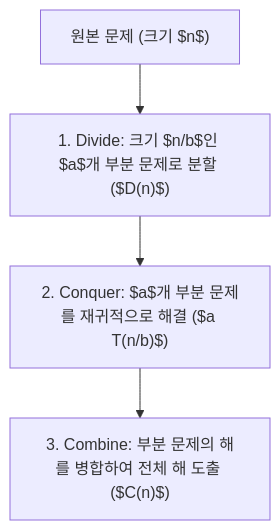
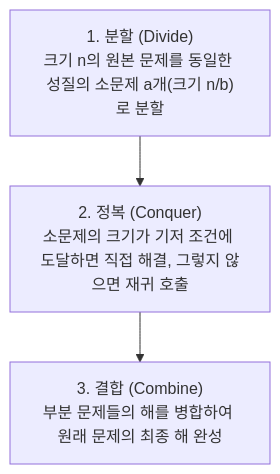
Before and after one commit to umyunsang/edu: the diagram in ComputerScience/06_algorithms-graphics/algorithm-design-analysis/notes/05. 분할 정복 기법.md, drawn with Mermaid. The commit also changed other lines of this file and 72 other files, not shown here.

````diff
--- a/ComputerScience/06_algorithms-graphics/algorithm-design-analysis/notes/05. 분할 정복 기법.md
+++ b/ComputerScience/06_algorithms-graphics/algorithm-design-analysis/notes/05. 분할 정복 기법.md
@@ -33,6 +33,6 @@
 ```mermaid
 flowchart TD
-    P["원본 문제 (크기 $n$)"] --> DIV["1. Divide: 크기 $n/b$인 $a$개 부분 문제로 분할 ($D(n)$)"]
-    DIV --> C1["2. Conquer: $a$개 부분 문제를 재귀적으로 해결 ($a T(n/b)$)"]
-    C1 --> COMB["3. Combine: 부분 문제의 해를 병합하여 전체 해 도출 ($C(n)$)"]
+    D["1. 분할 (Divide)<br/>크기 n의 원본 문제를 동일한 성질의 소문제 a개(크기 n/b)로 분할"]
+    D --> C["2. 정복 (Conquer)<br/>소문제의 크기가 기저 조건에 도달하면 직접 해결, 그렇지 않으면 재귀 호출"]
+    C --> M["3. 결합 (Combine)<br/>부분 문제들의 해를 병합하여 원래 문제의 최종 해 완성"]
 ```
````
